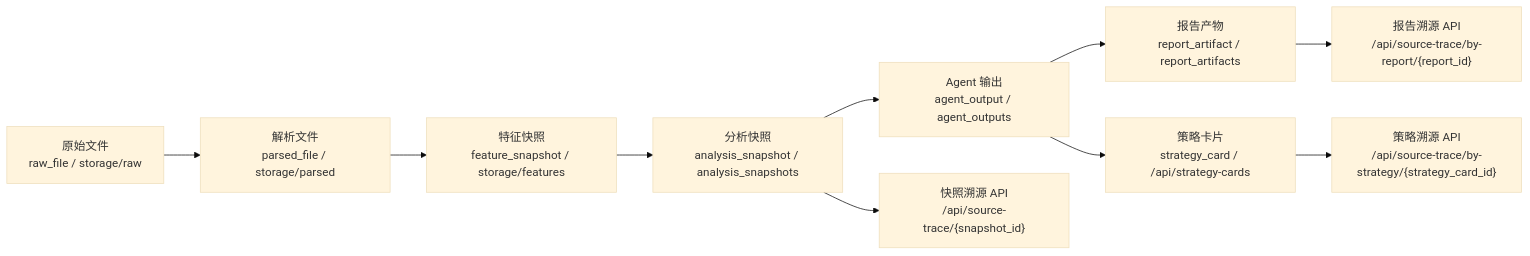
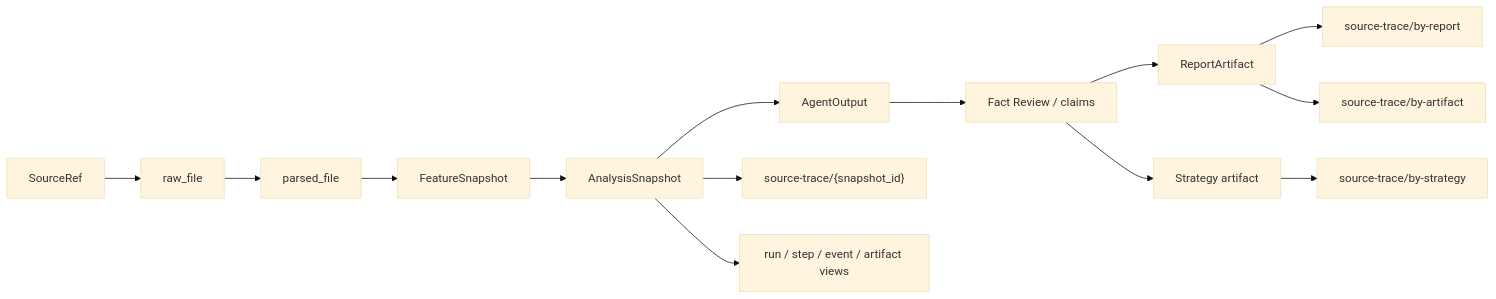
One commit to zhangxinxixx/finance-agent changed the diagram in docs/diagrams/source-trace-flow.mmd. Above: the diagram before and after it, drawn with Mermaid (base theme). The commit also changed 562 other files, not shown here.

Commit message:
fix: enforce accepted analysis outputs

```diff
--- a/docs/diagrams/source-trace-flow.mmd
+++ b/docs/diagrams/source-trace-flow.mmd
@@ -1,10 +1,14 @@
 flowchart LR
-  RawFile["原始文件<br/>raw_file / storage/raw"] --> ParsedFile["解析文件<br/>parsed_file / storage/parsed"]
-  ParsedFile --> FeatureSnapshot["特征快照<br/>feature_snapshot / storage/features"]
-  FeatureSnapshot --> AnalysisSnapshot["分析快照<br/>analysis_snapshot / analysis_snapshots"]
-  AnalysisSnapshot --> AgentOutput["Agent 输出<br/>agent_output / agent_outputs"]
-  AgentOutput --> ReportArtifact["报告产物<br/>report_artifact / report_artifacts"]
-  AgentOutput --> StrategyCard["策略卡片<br/>strategy_card / /api/strategy-cards"]
-  ReportArtifact --> SourceTrace["报告溯源 API<br/>/api/source-trace/by-report/{report_id}"]
-  StrategyCard --> StrategyTrace["策略溯源 API<br/>/api/source-trace/by-strategy/{strategy_card_id}"]
-  AnalysisSnapshot --> SnapshotTrace["快照溯源 API<br/>/api/source-trace/{snapshot_id}"]
+  Source["SourceRef"] --> Raw["raw_file"]
+  Raw --> Parsed["parsed_file"]
+  Parsed --> Feature["FeatureSnapshot"]
+  Feature --> Analysis["AnalysisSnapshot"]
+  Analysis --> Agent["AgentOutput"]
+  Agent --> Fact["Fact Review / claims"]
+  Fact --> Report["ReportArtifact"]
+  Fact --> Strategy["Strategy artifact"]
+  Report --> ByReport["source-trace/by-report"]
+  Strategy --> ByStrategy["source-trace/by-strategy"]
+  Analysis --> BySnapshot["source-trace/{snapshot_id}"]
+  Report --> ByArtifact["source-trace/by-artifact"]
+  Analysis --> Run["run / step / event / artifact views"]
```
